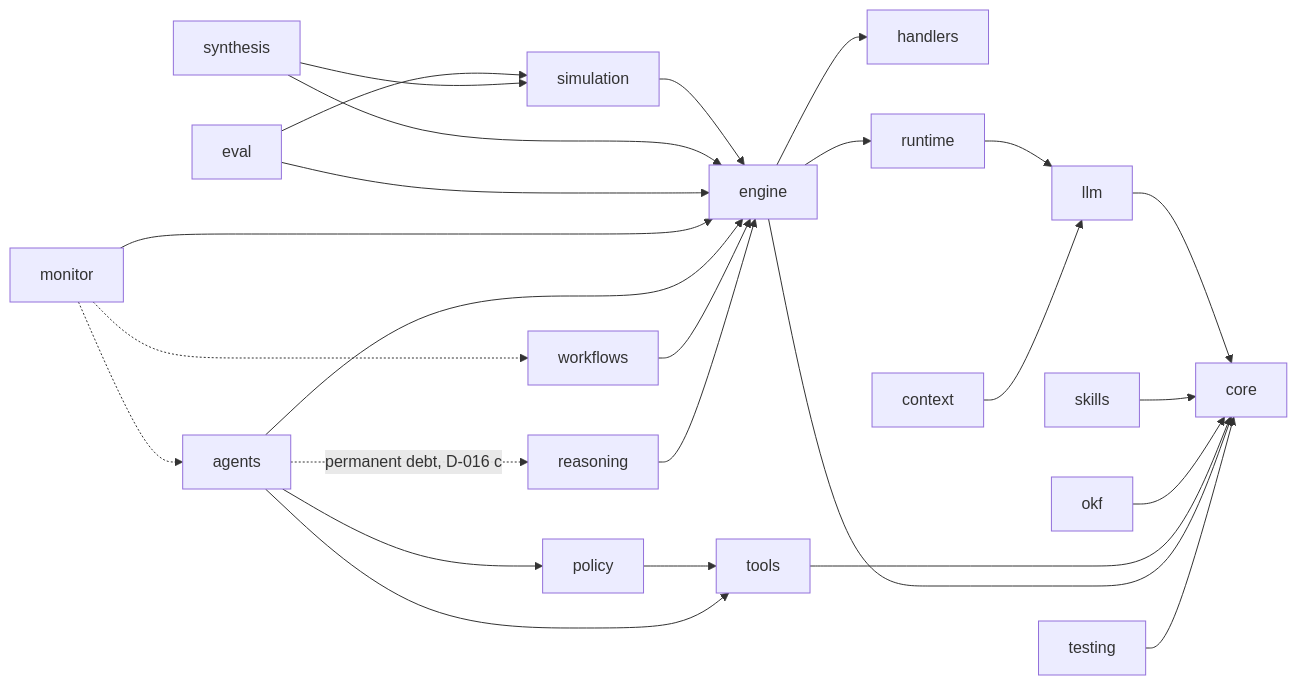
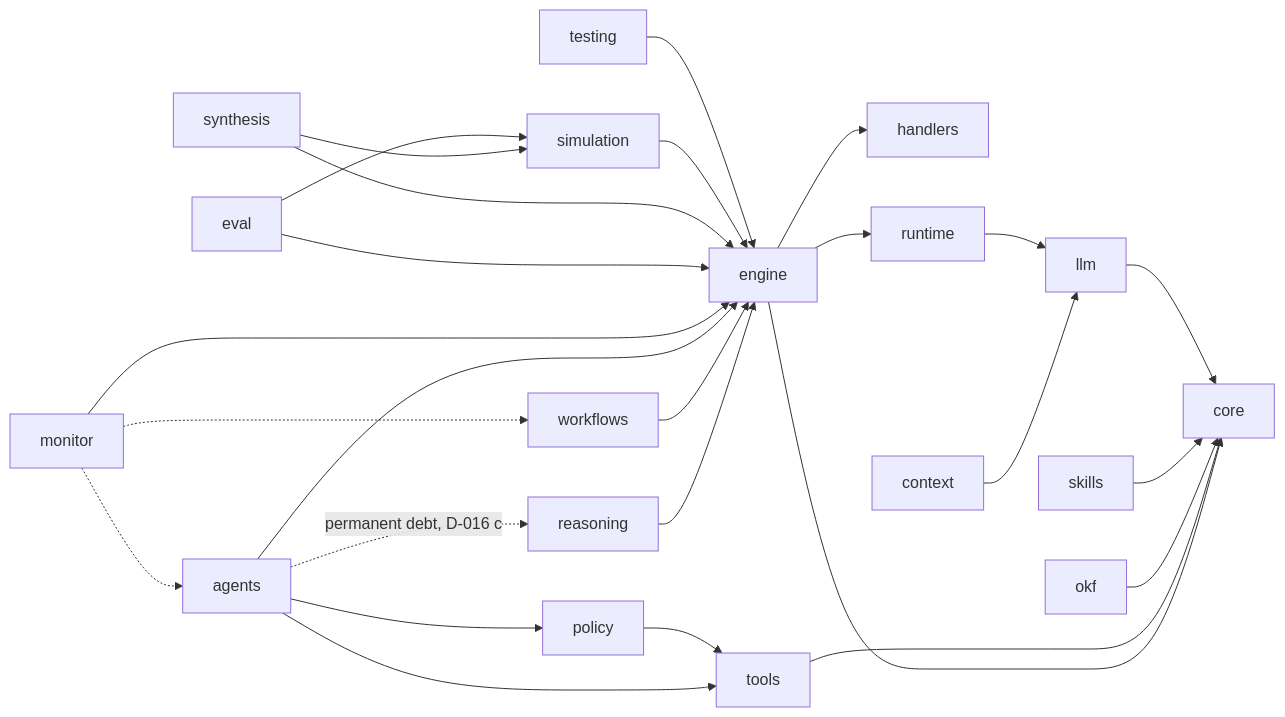
One commit to NikolasMarkou/fsm_llm changed the second of 2 diagrams in src/fsm_llm/AGENTS.md. Above: the diagram before and after it, drawn with Mermaid. The commit also changed other lines of this file and 24 other files, not shown here.

````diff
--- a/src/fsm_llm/AGENTS.md
+++ b/src/fsm_llm/AGENTS.md
@@ -36,28 +36,28 @@
 ```mermaid
 flowchart LR
     reasoning --> engine
     workflows --> engine
     agents --> engine
     agents --> tools
     agents --> policy
     agents -. permanent debt, D-016 c .-> reasoning
     monitor --> engine
     monitor -.-> agents
     monitor -.-> workflows
     eval --> engine
     synthesis --> engine
     synthesis --> simulation
     eval --> simulation
     simulation --> engine
-    testing --> core
+    testing --> engine
     engine --> handlers
     engine --> runtime
     engine --> core
     policy --> tools
     tools --> core
     okf --> core
     skills --> core
     context --> llm
     runtime --> llm
     llm --> core
 ```
````
